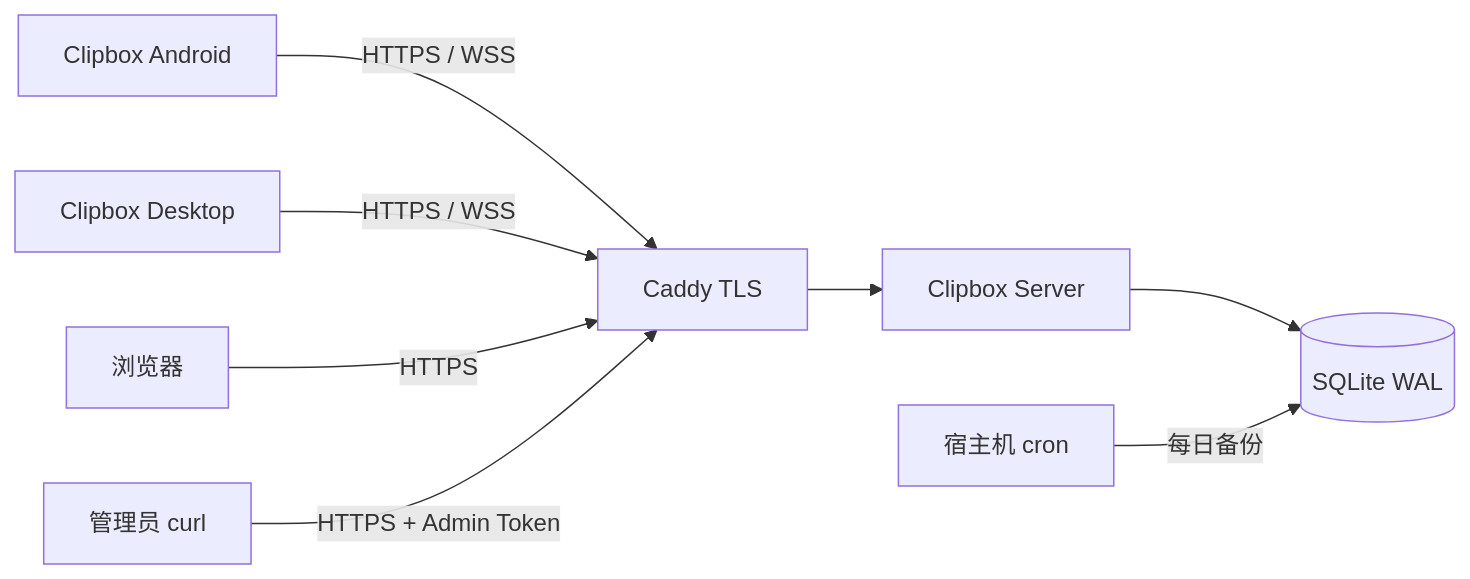
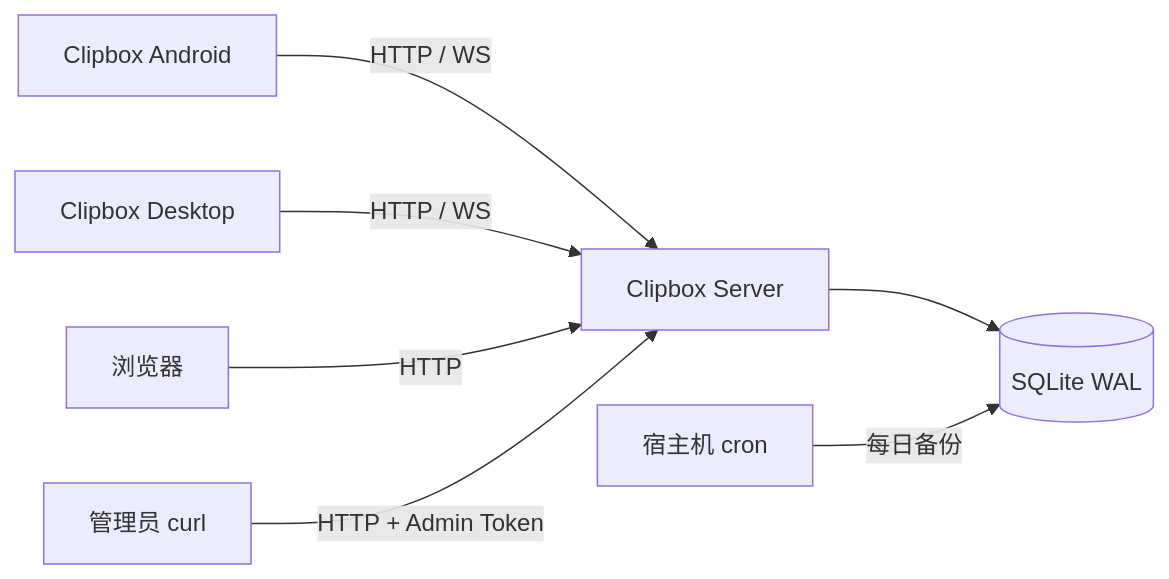
One commit to xingfengwxx/Clipbox changed the first of 8 diagrams in docs/服务端技术架构.md. Above: the diagram before and after it, drawn with Mermaid. The commit also changed other lines of this file and 15 other files, not shown here.

````diff
--- a/docs/服务端技术架构.md
+++ b/docs/服务端技术架构.md
@@ -47,10 +49,9 @@
 ```mermaid
 flowchart LR
-    Android[Clipbox Android] -->|HTTPS / WSS| Caddy[Caddy TLS]
-    Desktop[Clipbox Desktop] -->|HTTPS / WSS| Caddy
-    Browser[浏览器] -->|HTTPS| Caddy
-    Admin[管理员 curl] -->|HTTPS + Admin Token| Caddy
-    Caddy --> Server[Clipbox Server]
+    Android[Clipbox Android] -->|HTTP / WS| Server[Clipbox Server]
+    Desktop[Clipbox Desktop] -->|HTTP / WS| Server
+    Browser[浏览器] -->|HTTP| Server
+    Admin[管理员 curl] -->|HTTP + Admin Token| Server
     Server --> SQLite[(SQLite WAL)]
     Host[宿主机 cron] -->|每日备份| SQLite
 ```
````
